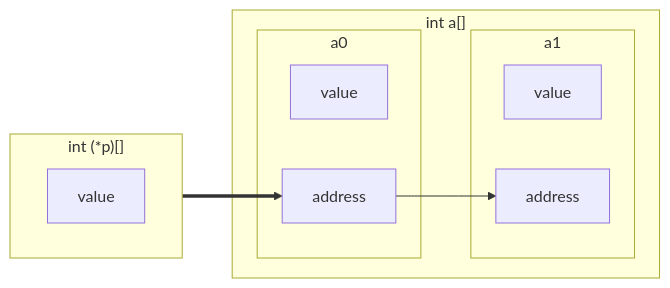
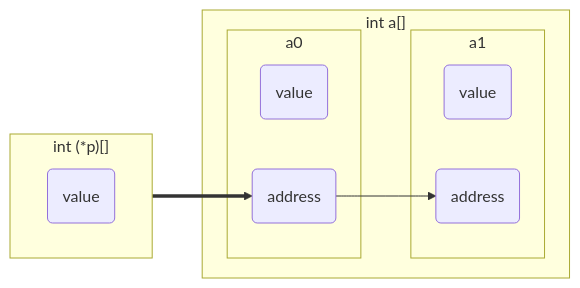
One commit to dmjcb/dmjcb.github.io changed the tenth of 10 diagrams in _posts/c_c++/pointer/2022-01-08-pointer.md. Above: the diagram before and after it, drawn with Mermaid. The commit also changed other lines of this file and 22 other files, not shown here.

````diff
--- a/_posts/c_c++/pointer/2022-01-08-pointer.md
+++ b/_posts/c_c++/pointer/2022-01-08-pointer.md
@@ -615,19 +620,19 @@
 ```mermaid
 graph LR;
     subgraph S1["int a[]"]
         subgraph A1[a0]
-            V0["value"]
-            A0["address"]
+            V0("value")
+            A0("address")
         end
         subgraph A2[a1]
-            V12["value"]
-            A12["address"]
+            V12("value")
+            A12("address")
         end
         A0-->A12
     end
     subgraph S2["int (*p)[]"]
-        V2[value]
+        V2(value)
         direction LR
     end
-    S2==>A0
+    V2==>A0
 ```
````
